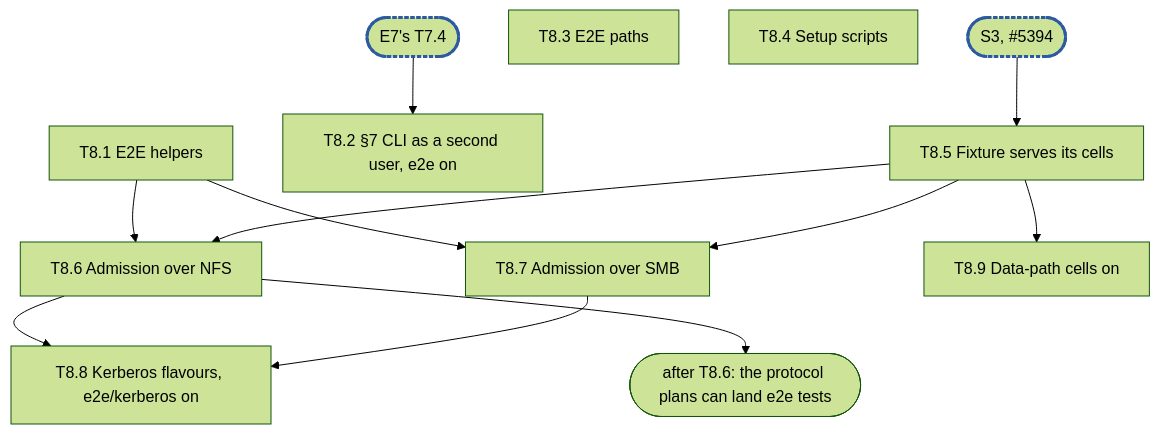
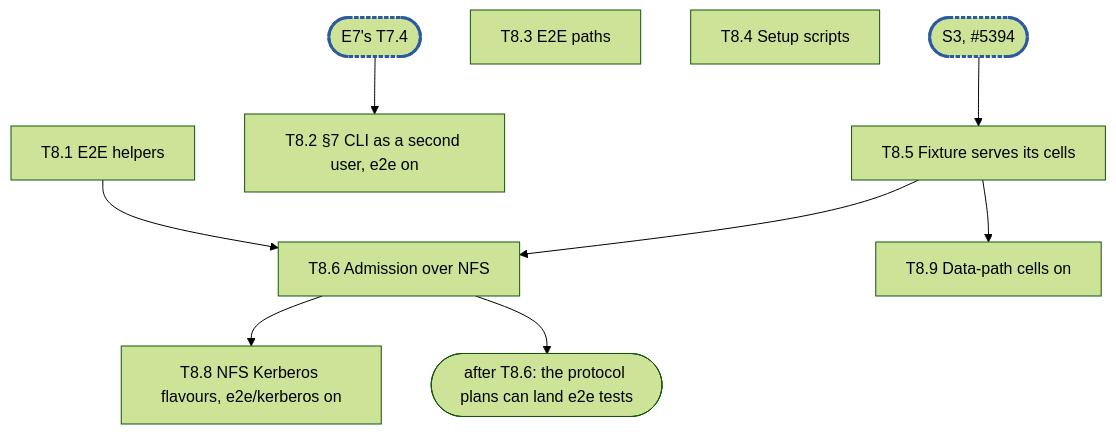
The diagram in .planning/rfc-23-control-plane-epic8.md (cubbit/dittofs), drawn with Mermaid (forest theme) before and after one commit. The commit also changed other lines of this file and 1 other file, not shown here.

Commit message:
docs(plan): defer epic 8's SMB rows to v1.1

````diff
--- a/.planning/rfc-23-control-plane-epic8.md
+++ b/.planning/rfc-23-control-plane-epic8.md
@@ -445,16 +450,15 @@
 ```mermaid
 flowchart TD
   T8_1["T8.1 E2E helpers"]
   T8_2["T8.2 §7 CLI as a second user, e2e on"]
   T74(["E7's T7.4"]) --> T8_2
   T8_3["T8.3 E2E paths"]
   T8_4["T8.4 Setup scripts"]
   S3(["S3, #5394"]) --> T8_5["T8.5 Fixture serves its cells"]
   T8_1 & T8_5 --> T8_6["T8.6 Admission over NFS"]
-  T8_1 & T8_5 --> T8_7["T8.7 Admission over SMB"]
-  T8_6 & T8_7 --> T8_8["T8.8 Kerberos flavours, e2e/kerberos on"]
+  T8_6 --> T8_8["T8.8 NFS Kerberos flavours, e2e/kerberos on"]
   T8_5 --> T8_9["T8.9 Data-path cells on"]
   T8_6 --> C1(["after T8.6: the protocol plans can land e2e tests"])
   classDef sync stroke:#2c5aa0,stroke-width:3px,stroke-dasharray:4 2
   class T74,S3 sync
 ```
````
